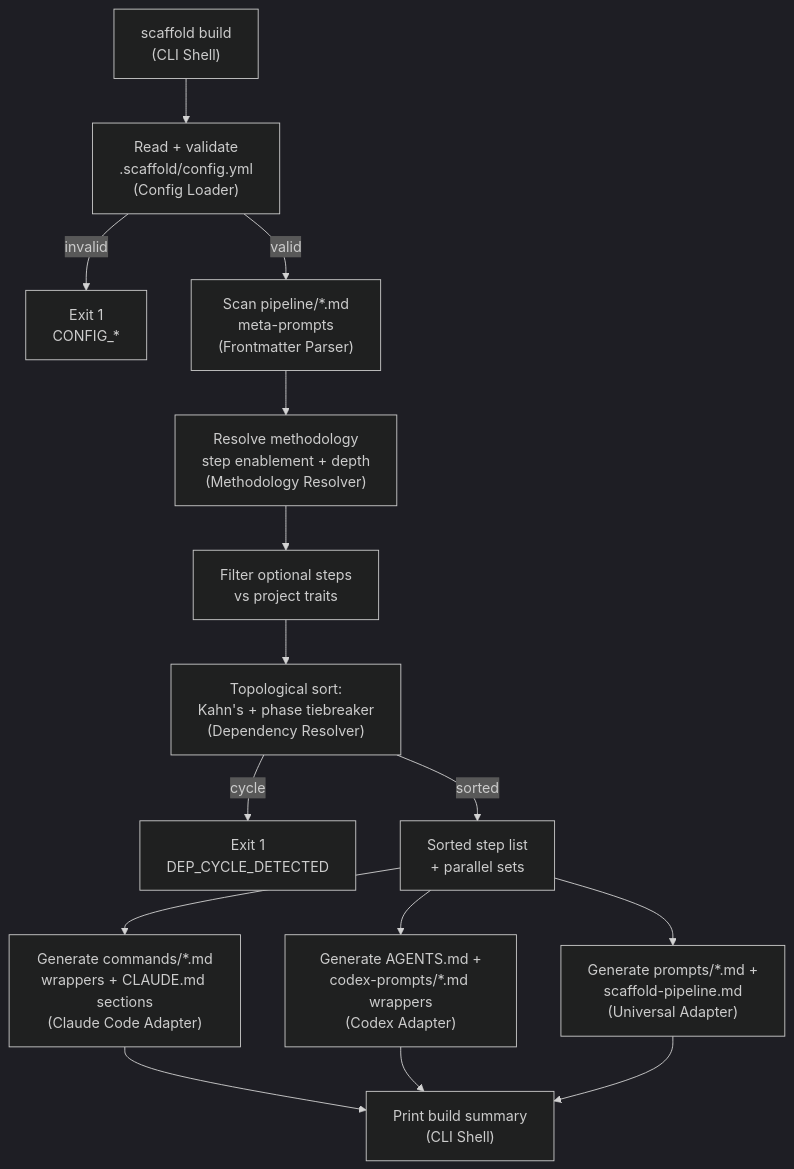
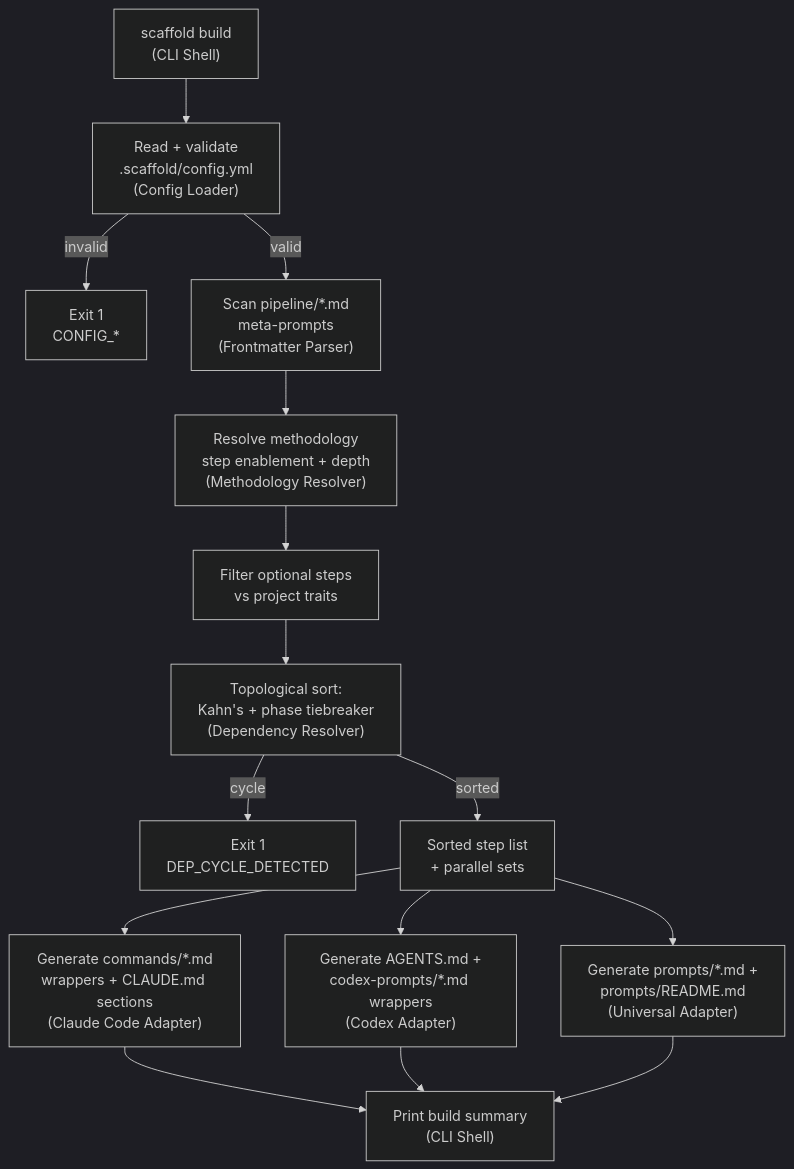
One commit to zigrivers/scaffold changed the third of 10 diagrams in docs/v2/architecture/system-architecture.md. Above: the diagram before and after it, drawn with Mermaid (dark theme). The commit also changed other lines of this file and 12 other files, not shown here.

````diff
--- a/docs/v2/architecture/system-architecture.md
+++ b/docs/v2/architecture/system-architecture.md
@@ -458,15 +458,15 @@
 ```mermaid
 flowchart TD
     A["scaffold build<br/>(CLI Shell)"] --> B["Read + validate<br/>.scaffold/config.yml<br/>(Config Loader)"]
     B -->|"invalid"| ERR1["Exit 1<br/>CONFIG_*"]
     B -->|"valid"| C["Scan pipeline/*.md<br/>meta-prompts<br/>(Frontmatter Parser)"]
     C --> D["Resolve methodology<br/>step enablement + depth<br/>(Methodology Resolver)"]
     D --> E["Filter optional steps<br/>vs project traits"]
     E --> F["Topological sort:<br/>Kahn's + phase tiebreaker<br/>(Dependency Resolver)"]
     F -->|"cycle"| ERR1B["Exit 1<br/>DEP_CYCLE_DETECTED"]
     F -->|"sorted"| G["Sorted step list<br/>+ parallel sets"]
     G --> H["Generate commands/*.md<br/>wrappers + CLAUDE.md sections<br/>(Claude Code Adapter)"]
     G --> I["Generate AGENTS.md +<br/>codex-prompts/*.md wrappers<br/>(Codex Adapter)"]
-    G --> J["Generate prompts/*.md +<br/>scaffold-pipeline.md<br/>(Universal Adapter)"]
+    G --> J["Generate prompts/*.md +<br/>prompts/README.md<br/>(Universal Adapter)"]
     H & I & J --> K["Print build summary<br/>(CLI Shell)"]
 ```
````
